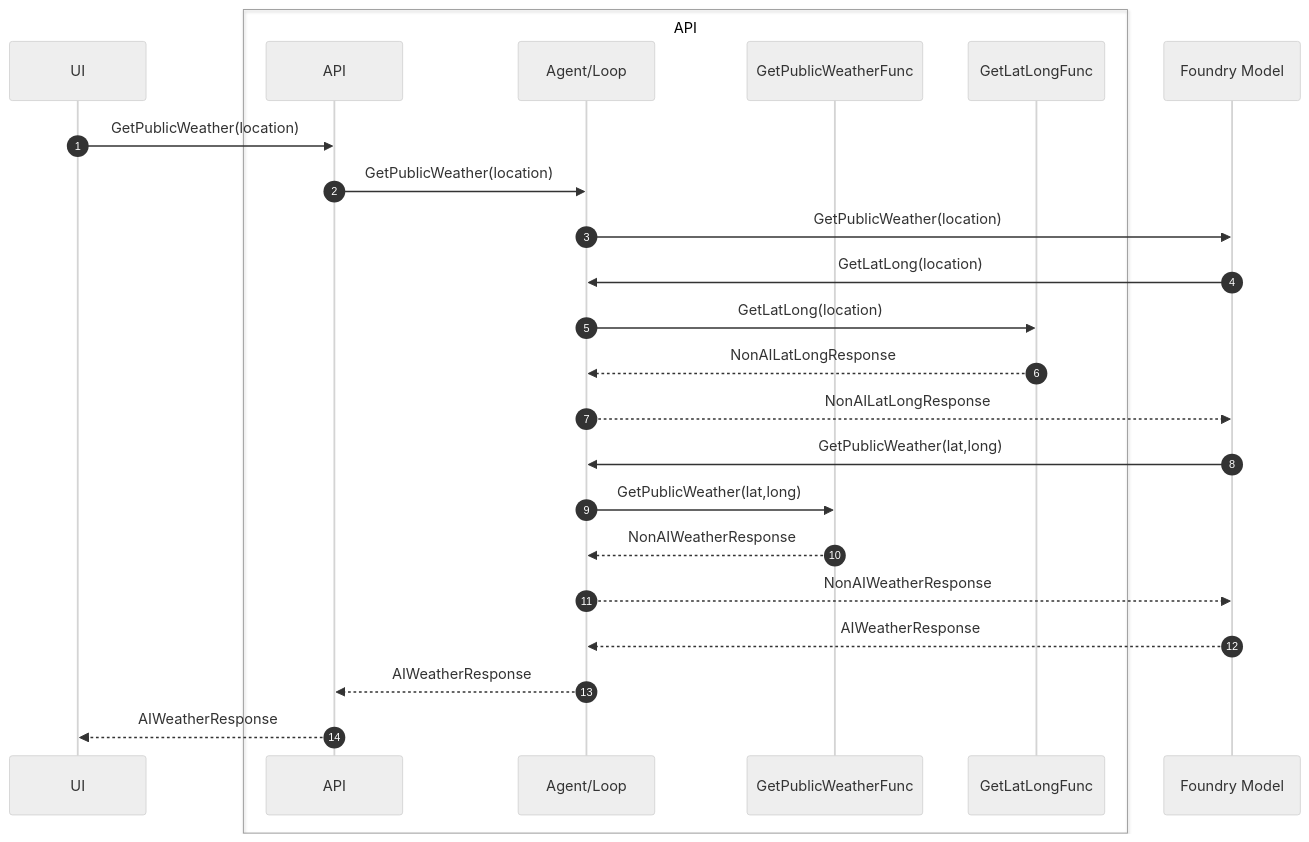
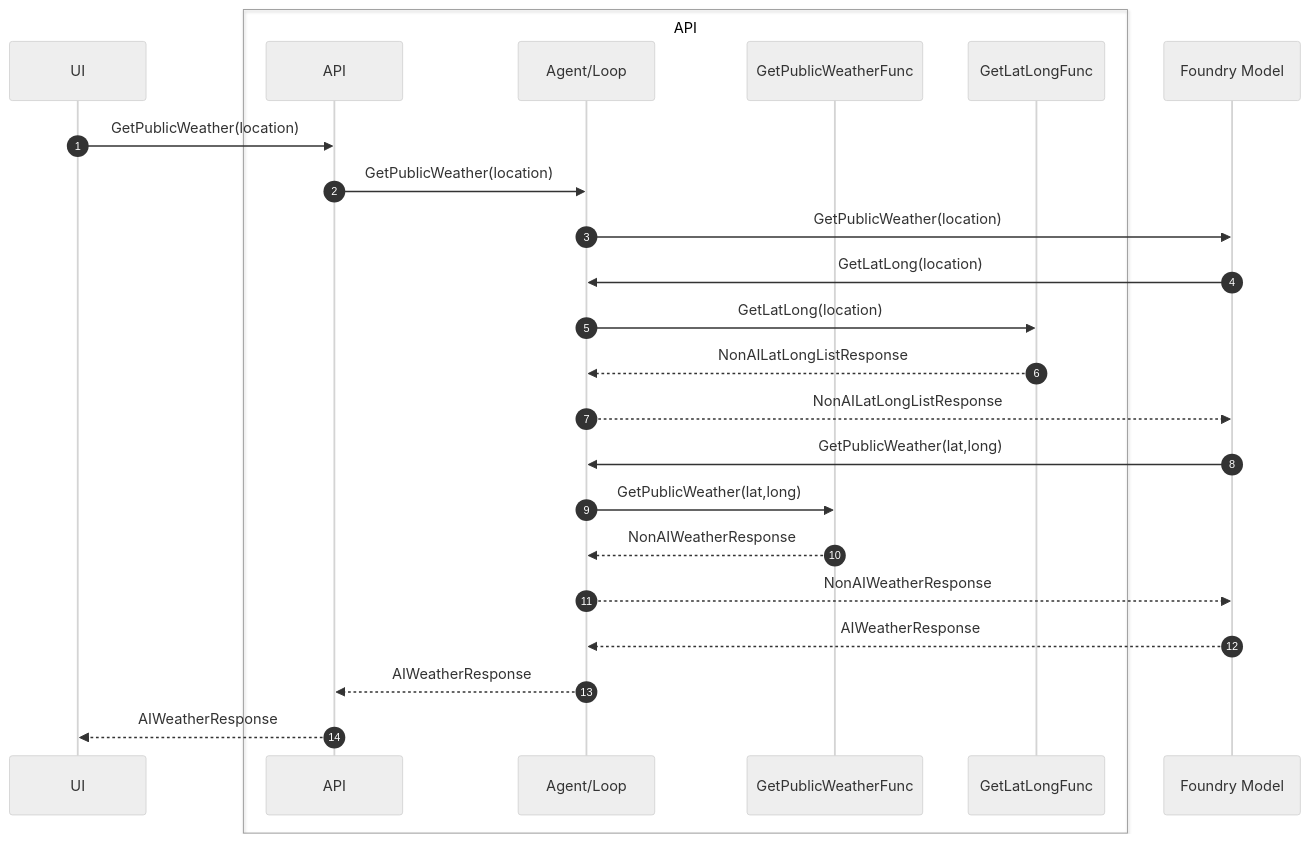
One commit to dustinkorzaan/weather-1116 changed the fourth of 8 diagrams in docs/4-demystifying-foundry-agents-mcp/demystifying-foundry-agents-mcp.md. Above: the diagram before and after it, drawn with Mermaid (neutral theme). The commit also changed other lines of this file and 18 other files, not shown here.

First line of the commit message:
Return ranked top-N geocoding matches from GetLatLongData (#163)

````diff
--- a/docs/4-demystifying-foundry-agents-mcp/demystifying-foundry-agents-mcp.md
+++ b/docs/4-demystifying-foundry-agents-mcp/demystifying-foundry-agents-mcp.md
@@ -99,27 +99,27 @@
   ```mermaid
   sequenceDiagram
       autonumber
       participant UI
       box API
           participant API
           participant AppLoop as Agent/Loop
           participant GetPublicWeatherFunc
           participant GetLatLongFunc
       end
       participant Model as Foundry Model
 
       UI->>API: GetPublicWeather(location)
       API->>AppLoop: GetPublicWeather(location)
       AppLoop->>Model: GetPublicWeather(location)
       Model->>AppLoop: GetLatLong(location)
       AppLoop->>GetLatLongFunc: GetLatLong(location)
-      GetLatLongFunc-->>AppLoop: NonAILatLongResponse
-      AppLoop-->>Model: NonAILatLongResponse
+      GetLatLongFunc-->>AppLoop: NonAILatLongListResponse
+      AppLoop-->>Model: NonAILatLongListResponse
       Model->>AppLoop: GetPublicWeather(lat,long)
       AppLoop->>GetPublicWeatherFunc: GetPublicWeather(lat,long)
       GetPublicWeatherFunc-->>AppLoop: NonAIWeatherResponse
       AppLoop-->>Model: NonAIWeatherResponse
       Model-->>AppLoop: AIWeatherResponse
       AppLoop-->>API: AIWeatherResponse
       API-->>UI: AIWeatherResponse
   ```
````
